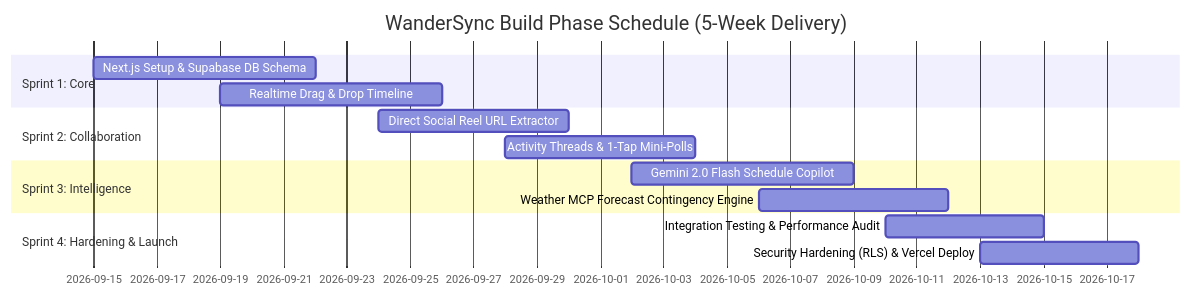
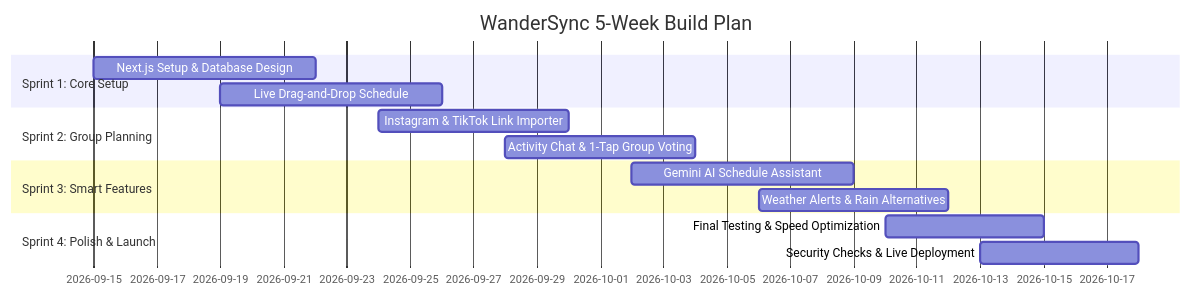
The second of 2 diagrams in README.md (Clarence000000/travel-planner), drawn with Mermaid before and after one commit. The commit also changed other lines of this file, not shown here.

````diff
--- a/README.md
+++ b/README.md
@@ -149,17 +149,17 @@
 ```mermaid
 gantt
-    title WanderSync Build Phase Schedule (5-Week Delivery)
+    title WanderSync 5-Week Build Plan
     dateFormat  YYYY-MM-DD
-    section Sprint 1: Core
-    Next.js Setup & Supabase DB Schema       :2026-09-15, 7d
-    Realtime Drag & Drop Timeline            :2026-09-19, 7d
-    section Sprint 2: Collaboration
-    Direct Social Reel URL Extractor         :2026-09-24, 6d
-    Activity Threads & 1-Tap Mini-Polls     :2026-09-28, 6d
-    section Sprint 3: Intelligence
-    Gemini 2.0 Flash Schedule Copilot        :2026-10-02, 7d
-    Weather MCP Forecast Contingency Engine  :2026-10-06, 6d
-    section Sprint 4: Hardening & Launch
-    Integration Testing & Performance Audit  :2026-10-10, 5d
-    Security Hardening (RLS) & Vercel Deploy :2026-10-13, 5d
+    section Sprint 1: Core Setup
+    Next.js Setup & Database Design          :2026-09-15, 7d
+    Live Drag-and-Drop Schedule              :2026-09-19, 7d
+    section Sprint 2: Group Planning
+    Instagram & TikTok Link Importer         :2026-09-24, 6d
+    Activity Chat & 1-Tap Group Voting       :2026-09-28, 6d
+    section Sprint 3: Smart Features
+    Gemini AI Schedule Assistant             :2026-10-02, 7d
+    Weather Alerts & Rain Alternatives       :2026-10-06, 6d
+    section Sprint 4: Polish & Launch
+    Final Testing & Speed Optimization       :2026-10-10, 5d
+    Security Checks & Live Deployment        :2026-10-13, 5d
 ```
````
